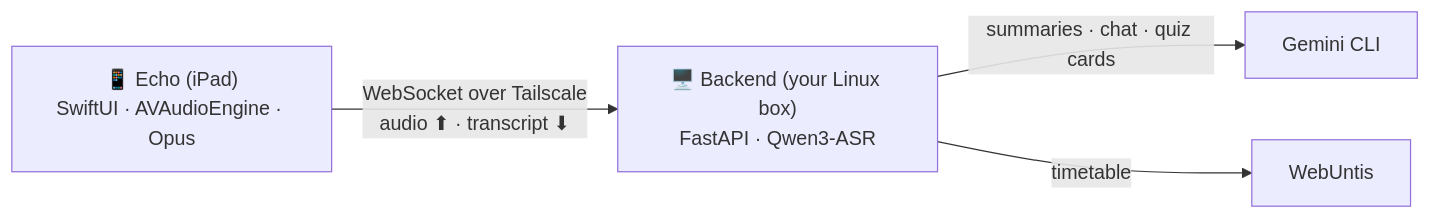
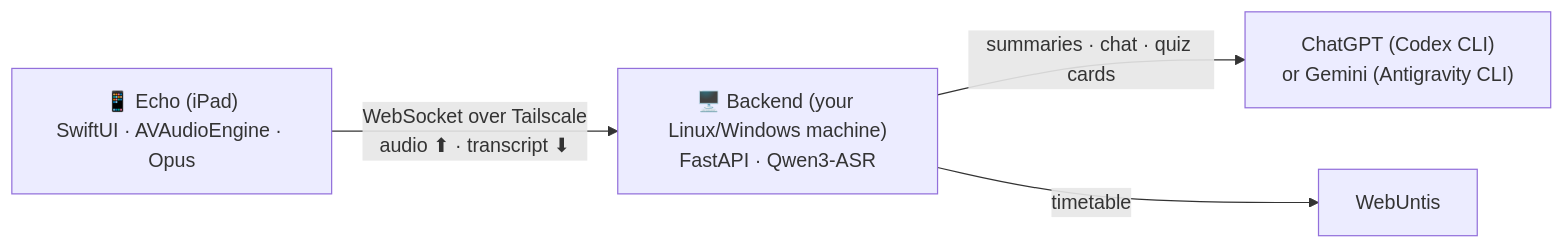
One commit to 4MBs/echo-ios changed the diagram in README.md. Above: the diagram before and after it, drawn with Mermaid. The commit also changed other lines of this file, not shown here.

Commit message:
README: the backend now runs on Windows too; ChatGPT is the default AI

````diff
--- a/README.md
+++ b/README.md
@@ -42,6 +42,6 @@
 ```mermaid
 flowchart LR
-    A["📱 Echo (iPad)\nSwiftUI · AVAudioEngine · Opus"] -- "WebSocket over Tailscale\naudio ⬆ · transcript ⬇" --> B["🖥️ Backend (your Linux box)\nFastAPI · Qwen3-ASR"]
-    B -- "summaries · chat · quiz cards" --> C["Gemini CLI"]
+    A["📱 Echo (iPad)\nSwiftUI · AVAudioEngine · Opus"] -- "WebSocket over Tailscale\naudio ⬆ · transcript ⬇" --> B["🖥️ Backend (your Linux/Windows machine)\nFastAPI · Qwen3-ASR"]
+    B -- "summaries · chat · quiz cards" --> C["ChatGPT (Codex CLI)\nor Gemini (Antigravity CLI)"]
     B -- "timetable" --> D["WebUntis"]
 ```
````
